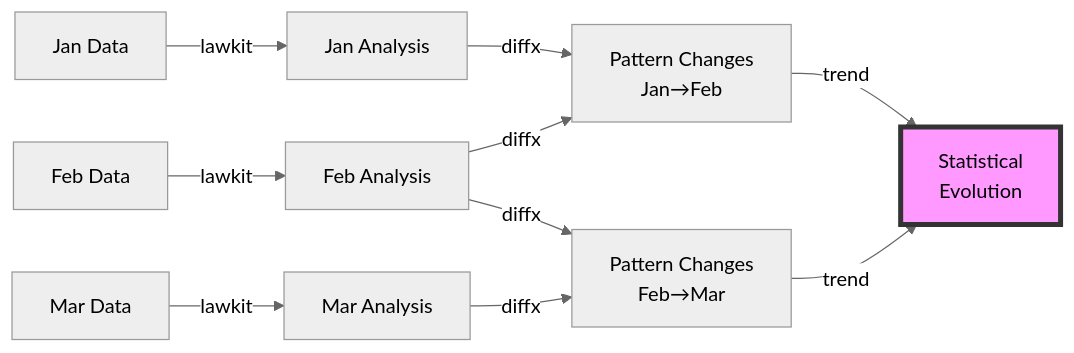
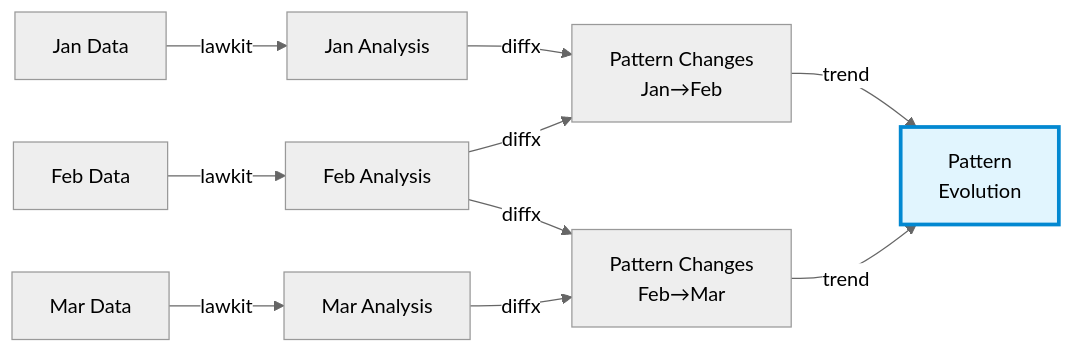
One commit to kako-jun/lawkit changed the second of 2 diagrams in README.md. Above: the diagram before and after it, drawn with Mermaid (neutral theme). The commit also changed other lines of this file and 2 other files, not shown here.

````diff
--- a/README.md
+++ b/README.md
@@ -269,16 +269,16 @@
 ```mermaid
 graph LR
     A[Jan Data] -->|lawkit| B[Jan Analysis]
     C[Feb Data] -->|lawkit| D[Feb Analysis]
     E[Mar Data] -->|lawkit| F[Mar Analysis]
     
     B -->|diffx| G[Pattern Changes<br/>Jan→Feb]
     D -->|diffx| G
     D -->|diffx| H[Pattern Changes<br/>Feb→Mar]
     F -->|diffx| H
     
-    G -->|trend| I[Statistical<br/>Evolution]
+    G -->|trend| I[Pattern<br/>Evolution]
     H -->|trend| I
     
-    style I fill:#f9f,stroke:#333,stroke-width:4px
+    style I fill:#e1f5fe,stroke:#0288d1,stroke-width:3px
 ```
````
